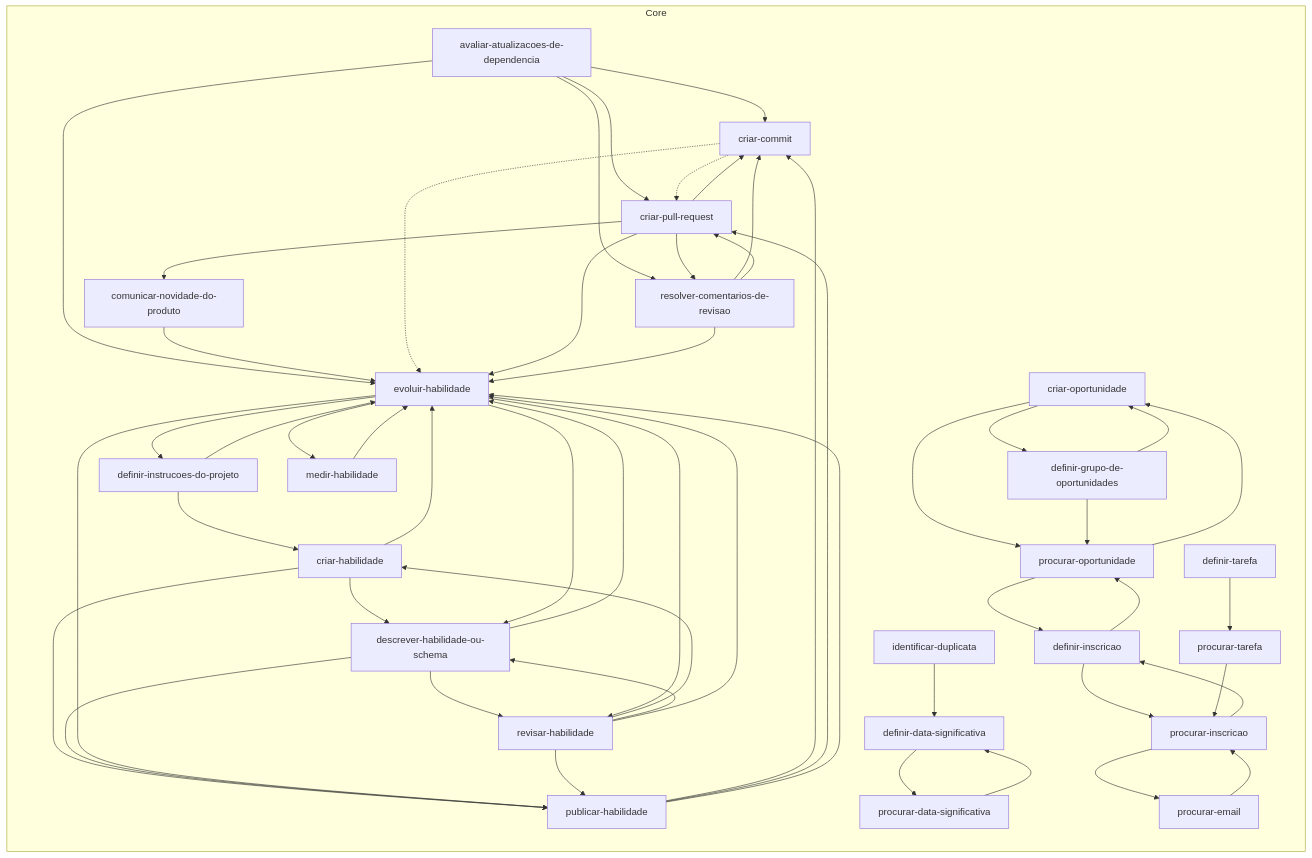
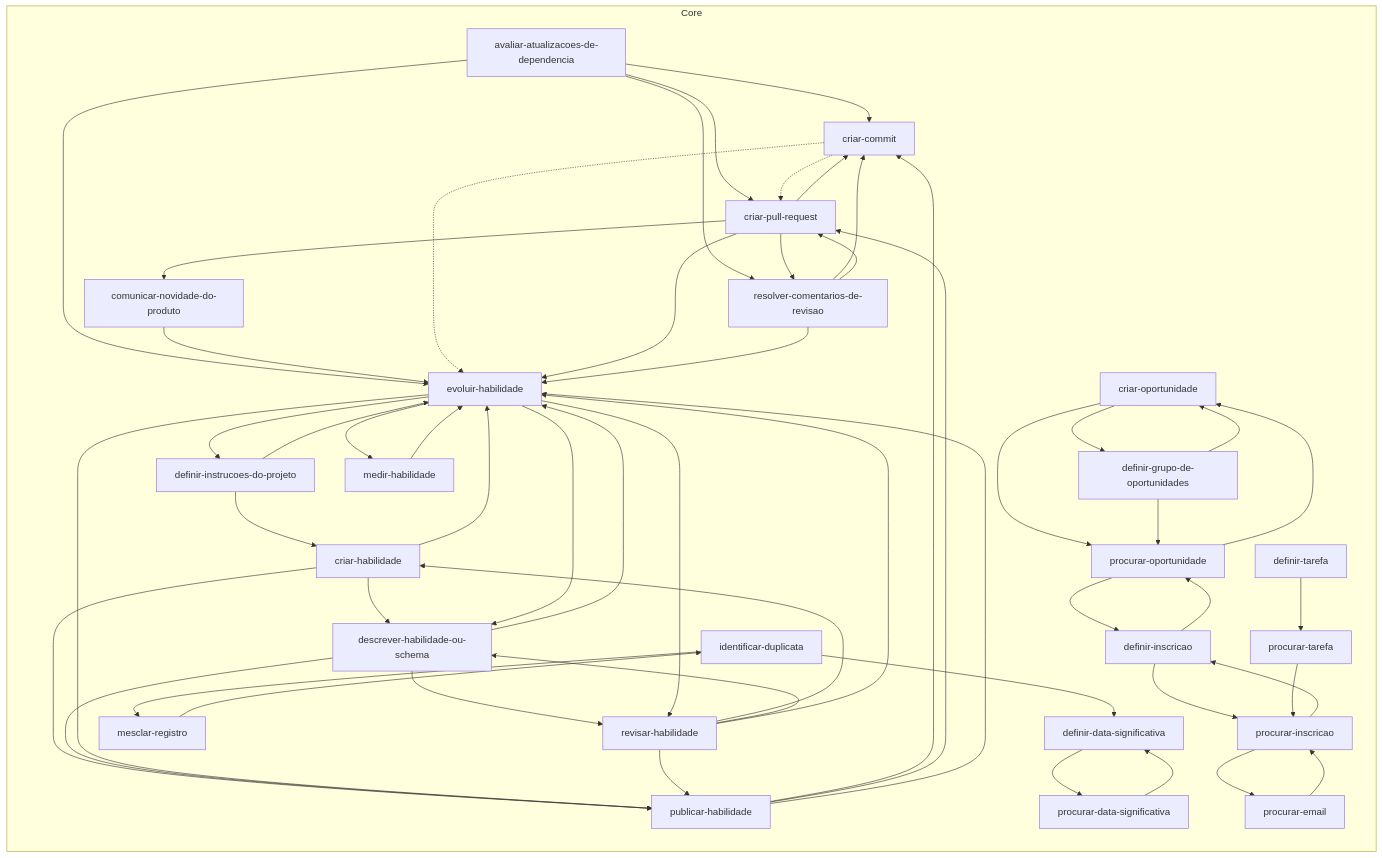
Before and after one commit to jimmyandrade/harness: the diagram in .agents/skills/README.md, drawn with Mermaid. The commit also changed 12 other files, not shown here.

First line of the commit message:
feat(mesclar-registro): move the skill to the core

````diff
--- a/.agents/skills/README.md
+++ b/.agents/skills/README.md
@@ -11,79 +11,82 @@
 ```mermaid
 flowchart LR
   subgraph core["Core"]
     avaliar_atualizacoes_de_dependencia["avaliar-atualizacoes-de-dependencia"]
     comunicar_novidade_do_produto["comunicar-novidade-do-produto"]
     criar_commit["criar-commit"]
     criar_habilidade["criar-habilidade"]
     criar_oportunidade["criar-oportunidade"]
     criar_pull_request["criar-pull-request"]
     definir_data_significativa["definir-data-significativa"]
     definir_grupo_de_oportunidades["definir-grupo-de-oportunidades"]
     definir_inscricao["definir-inscricao"]
     definir_instrucoes_do_projeto["definir-instrucoes-do-projeto"]
     definir_tarefa["definir-tarefa"]
     descrever_habilidade_ou_schema["descrever-habilidade-ou-schema"]
     evoluir_habilidade["evoluir-habilidade"]
     identificar_duplicata["identificar-duplicata"]
     medir_habilidade["medir-habilidade"]
+    mesclar_registro["mesclar-registro"]
     procurar_data_significativa["procurar-data-significativa"]
     procurar_email["procurar-email"]
     procurar_inscricao["procurar-inscricao"]
     procurar_oportunidade["procurar-oportunidade"]
     procurar_tarefa["procurar-tarefa"]
     publicar_habilidade["publicar-habilidade"]
     resolver_comentarios_de_revisao["resolver-comentarios-de-revisao"]
     revisar_habilidade["revisar-habilidade"]
   end
   avaliar_atualizacoes_de_dependencia --> criar_commit
   avaliar_atualizacoes_de_dependencia --> criar_pull_request
   avaliar_atualizacoes_de_dependencia --> evoluir_habilidade
   avaliar_atualizacoes_de_dependencia --> resolver_comentarios_de_revisao
   comunicar_novidade_do_produto --> evoluir_habilidade
   criar_commit -.-> criar_pull_request
   criar_commit -.-> evoluir_habilidade
   criar_habilidade --> descrever_habilidade_ou_schema
   criar_habilidade --> evoluir_habilidade
   criar_habilidade --> publicar_habilidade
   criar_oportunidade --> definir_grupo_de_oportunidades
   criar_oportunidade --> procurar_oportunidade
   criar_pull_request --> comunicar_novidade_do_produto
   criar_pull_request --> criar_commit
   criar_pull_request --> evoluir_habilidade
   criar_pull_request --> resolver_comentarios_de_revisao
   definir_data_significativa --> procurar_data_significativa
   definir_grupo_de_oportunidades --> criar_oportunidade
   definir_grupo_de_oportunidades --> procurar_oportunidade
   definir_inscricao --> procurar_inscricao
   definir_inscricao --> procurar_oportunidade
   definir_instrucoes_do_projeto --> criar_habilidade
   definir_instrucoes_do_projeto --> evoluir_habilidade
   definir_tarefa --> procurar_tarefa
   descrever_habilidade_ou_schema --> evoluir_habilidade
   descrever_habilidade_ou_schema --> publicar_habilidade
   descrever_habilidade_ou_schema --> revisar_habilidade
   evoluir_habilidade --> definir_instrucoes_do_projeto
   evoluir_habilidade --> descrever_habilidade_ou_schema
   evoluir_habilidade --> medir_habilidade
   evoluir_habilidade --> publicar_habilidade
   evoluir_habilidade --> revisar_habilidade
   identificar_duplicata --> definir_data_significativa
+  identificar_duplicata --> mesclar_registro
   medir_habilidade --> evoluir_habilidade
+  mesclar_registro --> identificar_duplicata
   procurar_data_significativa --> definir_data_significativa
   procurar_email --> procurar_inscricao
   procurar_inscricao --> definir_inscricao
   procurar_inscricao --> procurar_email
   procurar_oportunidade --> criar_oportunidade
   procurar_oportunidade --> definir_inscricao
   procurar_tarefa --> procurar_inscricao
   publicar_habilidade --> criar_commit
   publicar_habilidade --> criar_pull_request
   publicar_habilidade --> evoluir_habilidade
   resolver_comentarios_de_revisao --> criar_commit
   resolver_comentarios_de_revisao --> criar_pull_request
   resolver_comentarios_de_revisao --> evoluir_habilidade
   revisar_habilidade --> criar_habilidade
   revisar_habilidade --> descrever_habilidade_ou_schema
   revisar_habilidade --> evoluir_habilidade
   revisar_habilidade --> publicar_habilidade
 ```
````
